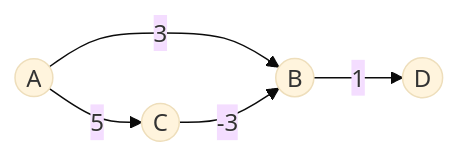
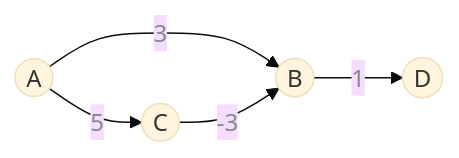
The second of 3 diagrams in _posts/2024-01-07-bellman_ford.md (CHOYUNSIG/algorithm_with_boj), drawn with Mermaid (base theme) before and after one commit. The commit also changed other lines of this file and 3 other files, not shown here.

````diff
--- a/_posts/2024-01-07-bellman_ford.md
+++ b/_posts/2024-01-07-bellman_ford.md
@@ -54,12 +54,12 @@
-```mermaid!
-graph LR
-A -- <p style="text-shadow: 0px 0px 2px #FFF">3</p> --> B
-B -- <p style="text-shadow: 0px 0px 2px #FFF">1</p> --> D
-A -- <p style="text-shadow: 0px 0px 2px #FFF">5</p> --> C
-C -- <p style="text-shadow: 0px 0px 2px #FFF">-3</p> --> B
+<pre class="mermaid">
+    graph LR
+    A -- <p style="color: #888">3</p> --> B
+    B -- <p style="color: #888">1</p> --> D
+    A -- <p style="color: #888">5</p> --> C
+    C -- <p style="color: #888">-3</p> --> B
 
-A((A))
-B((B))
-C((C))
-D((D))
-```
+    A((A))
+    B((B))
+    C((C))
+    D((D))
+</pre>
````
